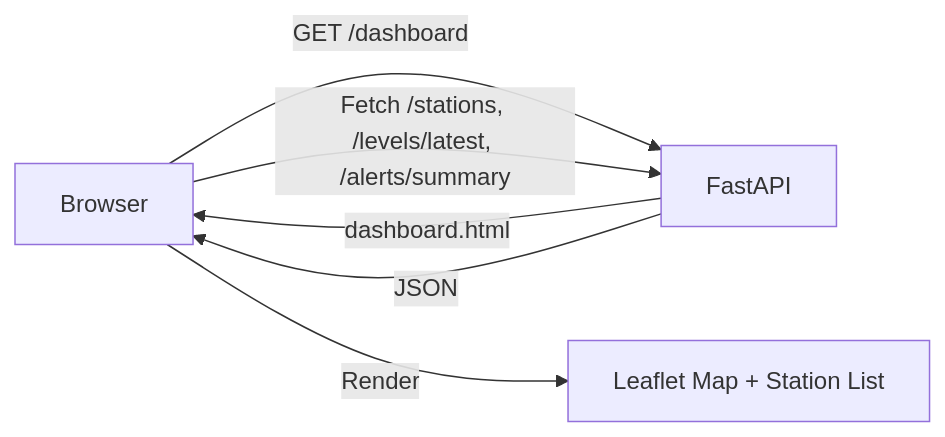
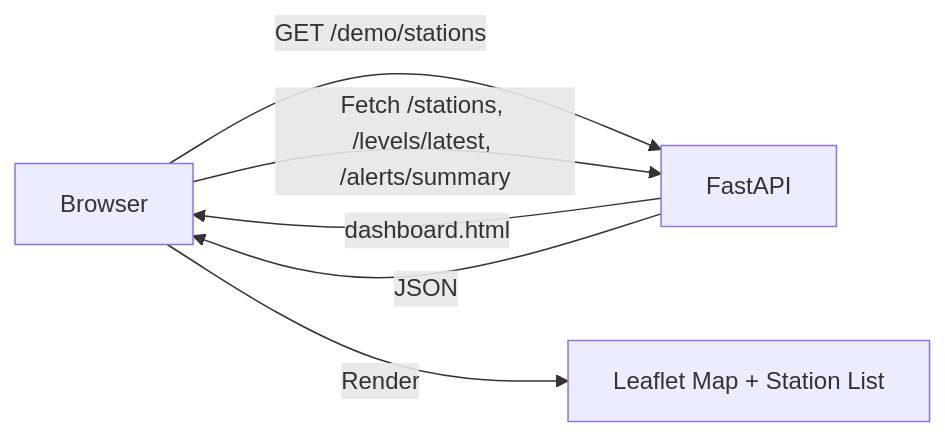
Before and after one commit to yrangana/lk_flood_api: the sixth of 6 diagrams in ARCHITECTURE.md, drawn with Mermaid. The commit also changed other lines of this file and 2 other files, not shown here.

Commit message:
Update architecture and README for demo dashboard endpoint

````diff
--- a/ARCHITECTURE.md
+++ b/ARCHITECTURE.md
@@ -232,8 +232,8 @@
 ```mermaid
 flowchart LR
-    Browser["Browser"] -->|GET /dashboard| Server["FastAPI"]
+    Browser["Browser"] -->|GET /demo/stations| Server["FastAPI"]
     Server -->|dashboard.html| Browser
     Browser -->|Fetch /stations, /levels/latest, /alerts/summary| Server
     Server -->|JSON| Browser
     Browser -->|Render| Map["Leaflet Map + Station List"]
 ```
````
